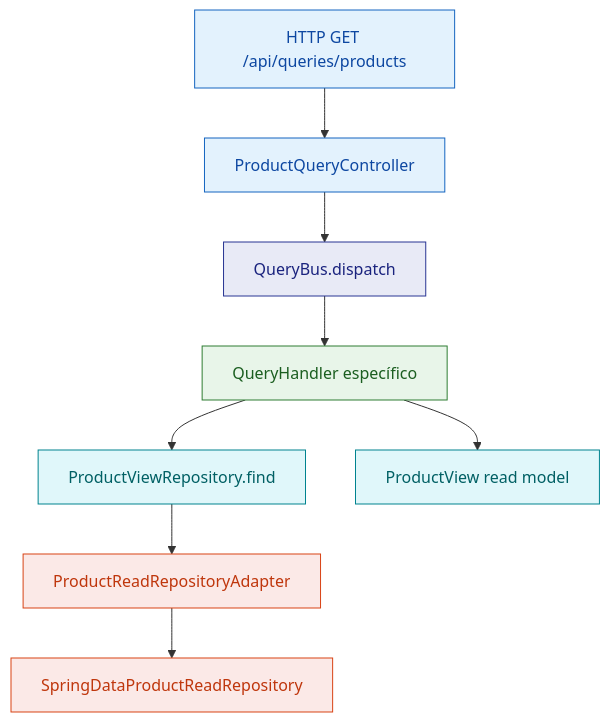
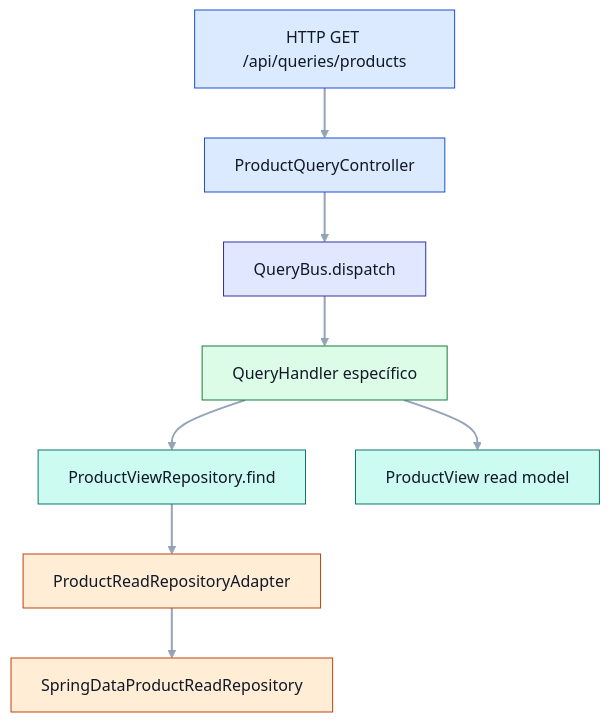
The second of 4 diagrams in cqrs/README.md (VirtualCave/modern-architecture-patterns), drawn with Mermaid before and after one commit. The commit also changed other lines of this file and 4 other files, not shown here.

````diff
--- a/cqrs/README.md
+++ b/cqrs/README.md
@@ -63,22 +76,25 @@
 ```mermaid
+%%{init: {'theme':'base','themeVariables': {'background':'transparent','primaryTextColor':'#111827','lineColor':'#94A3B8'}}}%%
 flowchart TD
     A[HTTP GET /api/queries/products] --> B[ProductQueryController]
     B --> C[QueryBus.dispatch]
     C --> D[QueryHandler específico]
     D --> E[ProductViewRepository.find]
     E --> F[ProductReadRepositoryAdapter]
     F --> G[SpringDataProductReadRepository]
     D --> H[ProductView read model]
 
-    classDef entry fill:#E3F2FD,stroke:#1565C0,stroke-width:1px,color:#0D47A1;
-    classDef bus fill:#E8EAF6,stroke:#283593,stroke-width:1px,color:#1A237E;
-    classDef app fill:#E8F5E9,stroke:#2E7D32,stroke-width:1px,color:#1B5E20;
-    classDef read fill:#E0F7FA,stroke:#00838F,stroke-width:1px,color:#006064;
-    classDef infra fill:#FBE9E7,stroke:#D84315,stroke-width:1px,color:#BF360C;
+    linkStyle default stroke:#94A3B8,stroke-width:2px;
+
+    classDef entry fill:#DBEAFE,stroke:#1D4ED8,stroke-width:1px,color:#111827;
+    classDef bus fill:#E0E7FF,stroke:#3730A3,stroke-width:1px,color:#111827;
+    classDef app fill:#DCFCE7,stroke:#15803D,stroke-width:1px,color:#111827;
+    classDef read fill:#CCFBF1,stroke:#0F766E,stroke-width:1px,color:#111827;
+    classDef infra fill:#FFEDD5,stroke:#C2410C,stroke-width:1px,color:#111827;
 
     class A,B entry;
     class C bus;
     class D app;
     class E,H read;
     class F,G infra;
 ```
````
